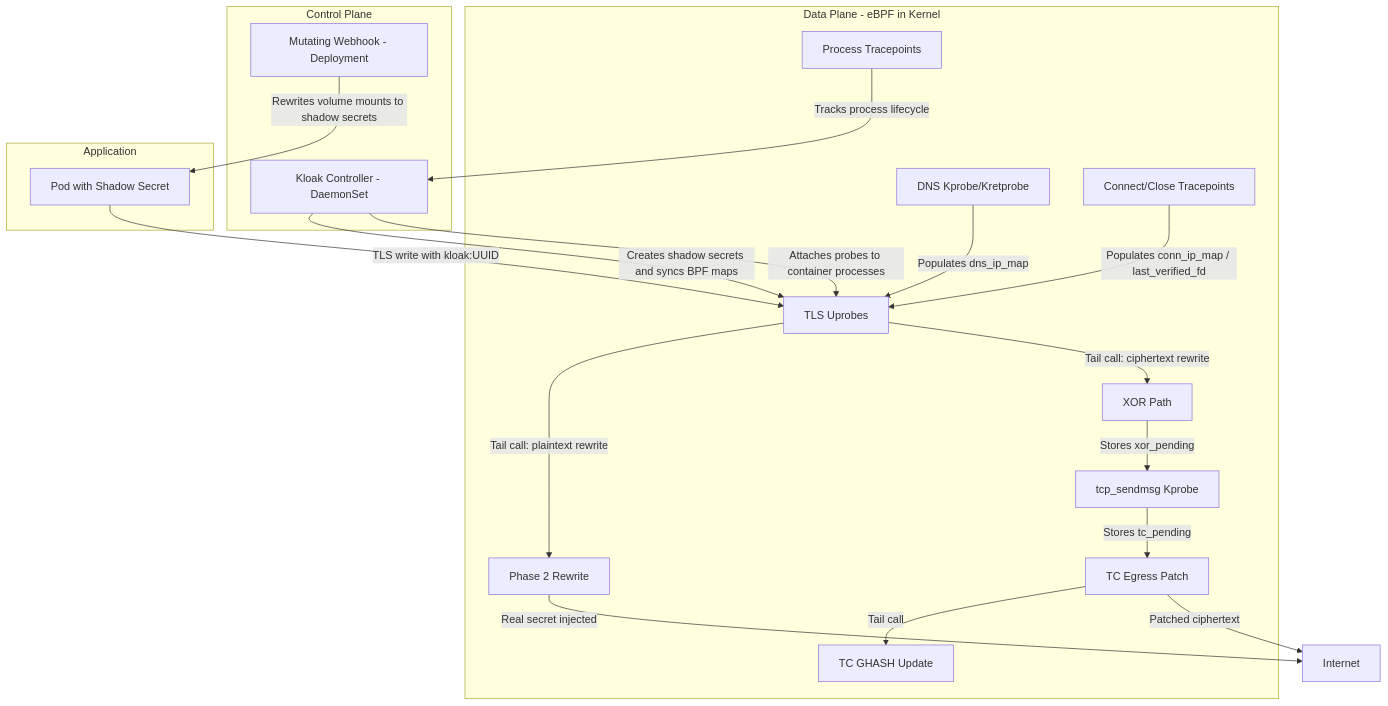
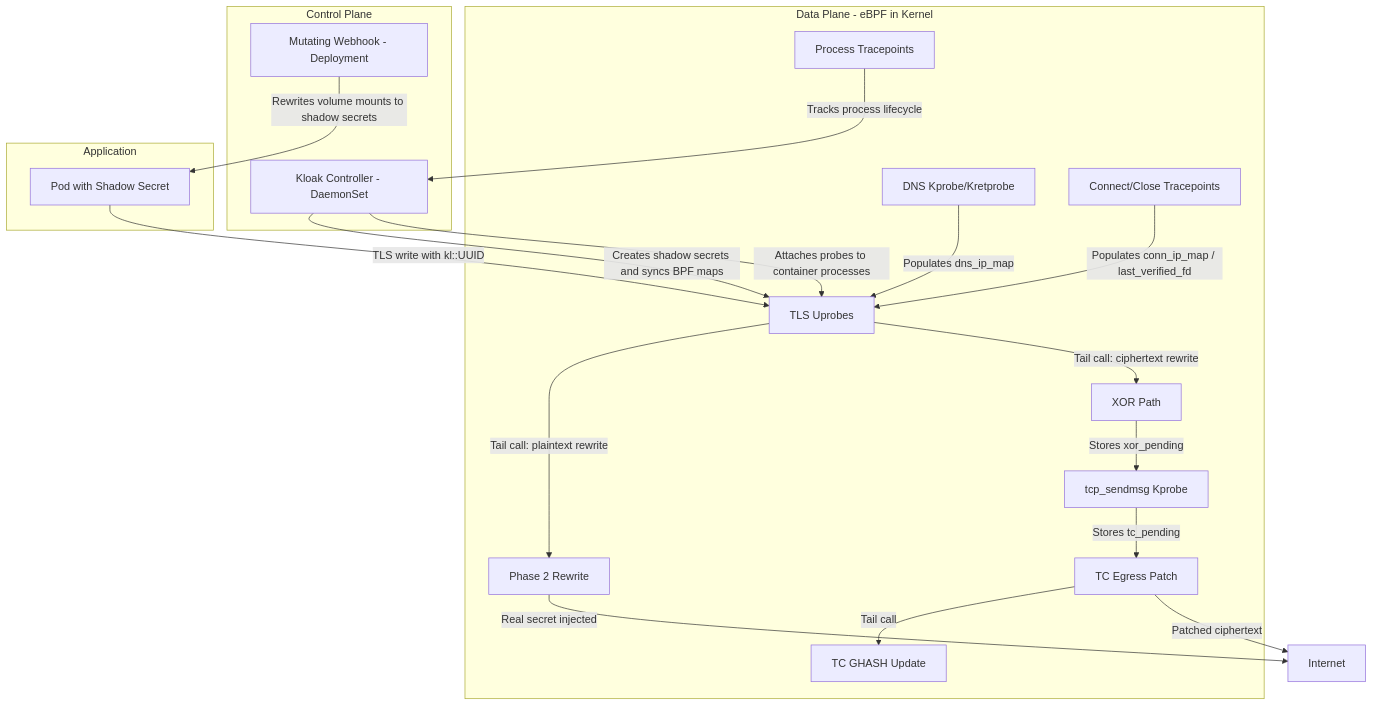
One commit to spinningfactory/kloak changed the first of 2 diagrams in README.md. Above: the diagram before and after it, drawn with Mermaid. The commit also changed other lines of this file and 21 other files, not shown here.

````diff
--- a/README.md
+++ b/README.md
@@ -83,38 +83,38 @@
 ```mermaid
 graph TD
     subgraph Control_Plane [Control Plane]
         C[Kloak Controller - DaemonSet]
         W[Mutating Webhook - Deployment]
     end
 
     subgraph Data_Plane [Data Plane - eBPF in Kernel]
         UP[TLS Uprobes]
         P2[Phase 2 Rewrite]
         XOR[XOR Path]
         KP[DNS Kprobe/Kretprobe]
         TP[Connect/Close Tracepoints]
         PROC[Process Tracepoints]
         TCP[tcp_sendmsg Kprobe]
         TC[TC Egress Patch]
         GHASH[TC GHASH Update]
     end
 
     subgraph App [Application]
         P[Pod with Shadow Secret]
     end
 
     C -->|Creates shadow secrets and syncs BPF maps| UP
     C -->|Attaches probes to container processes| UP
     W -->|Rewrites volume mounts to shadow secrets| P
-    P -->|TLS write with kloak:UUID| UP
+    P -->|TLS write with kl::UUID| UP
     UP -->|Tail call: plaintext rewrite| P2
     UP -->|Tail call: ciphertext rewrite| XOR
     XOR -->|Stores xor_pending| TCP
     TCP -->|Stores tc_pending| TC
     TC -->|Tail call| GHASH
     P2 -->|Real secret injected| Internet
     TC -->|Patched ciphertext| Internet
     KP -->|Populates dns_ip_map| UP
     TP -->|Populates conn_ip_map / last_verified_fd| UP
     PROC -->|Tracks process lifecycle| C
 ```
````
